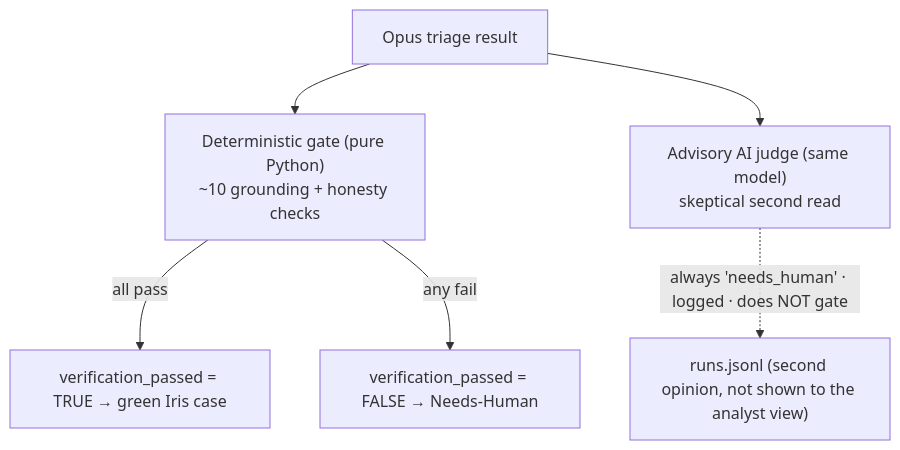
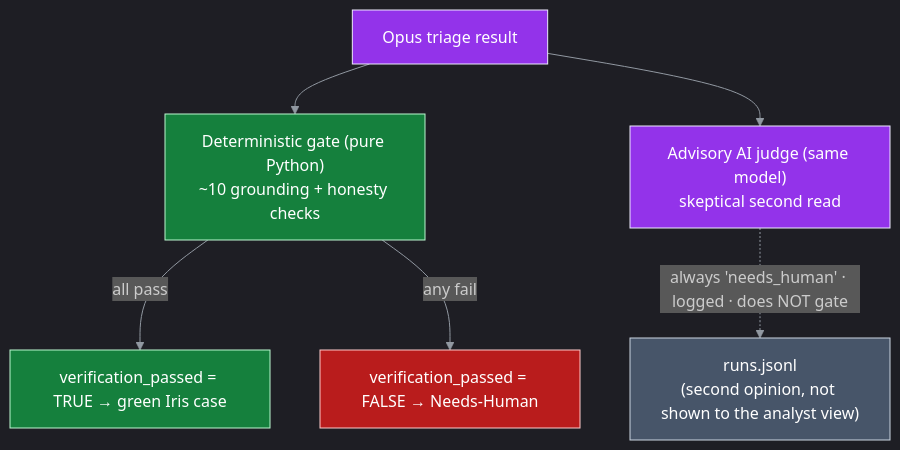
One commit to Armando-ic/soc-automation-honeypot-project changed the third of 5 diagrams in infra/honeypot/ARCHITECTURE.md. Above: the diagram before and after it, drawn with Mermaid. The commit also changed other lines of this file and 2 other files, not shown here.

````diff
--- a/infra/honeypot/ARCHITECTURE.md
+++ b/infra/honeypot/ARCHITECTURE.md
@@ -172,8 +204,17 @@
 ```mermaid
+%%{init: {'theme':'dark','themeVariables':{'lineColor':'#9198a1'}}}%%
 flowchart TB
   TR["Opus triage result"] --> DET["Deterministic gate (pure Python)<br/>~10 grounding + honesty checks"]
   TR --> JG["Advisory AI judge (same model)<br/>skeptical second read"]
   DET -->|all pass| PASS["verification_passed = TRUE → green Iris case"]
   DET -->|any fail| FAIL["verification_passed = FALSE → Needs-Human"]
-  JG -.->|always 'needs_human' · logged · does NOT gate| LOG["runs.jsonl (second opinion, not shown to the analyst view)"]
+  JG -.->|"always 'needs_human' · logged · does NOT gate"| LOG["runs.jsonl<br/>(second opinion, not shown to the analyst view)"]
+  classDef llm fill:#9333ea,stroke:#ede9fe,color:#fff
+  classDef good fill:#15803d,stroke:#bbf7d0,color:#fff
+  classDef fail fill:#b91c1c,stroke:#fecaca,color:#fff
+  classDef ext fill:#475569,stroke:#cbd5e1,color:#fff
+  class TR,JG llm
+  class DET,PASS good
+  class FAIL fail
+  class LOG ext
 ```
````
